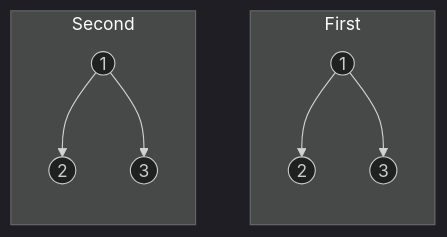
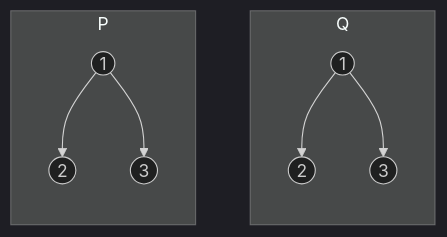
The second of 4 diagrams in README.md (sgorgun/binary-tree-traversal-task-python), drawn with Mermaid (dark theme) before and after one commit. The commit also changed other lines of this file, not shown here.

````diff
--- a/README.md
+++ b/README.md
@@ -45,11 +45,11 @@
 ```mermaid
 graph BR;
-    subgraph First
+    subgraph Q
     A((1))-->B((2))
     A-->C((3))
     end
-    subgraph Second
+    subgraph P
     AA((1))-->BB((2))
     AA-->CC((3))
     end  
 ```
````
